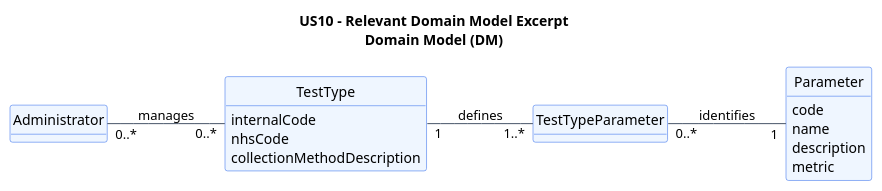
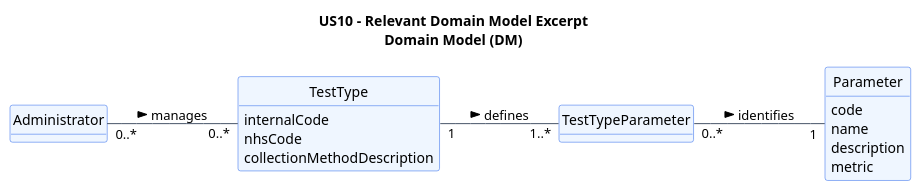
Before and after one commit to jmaia574/leti-esoft-26-27-B6: the diagram in docs/system-documentation/US10/puml/US10-DM.puml, drawn with PlantUML. The commit also changed 23 other files, not shown here.

```diff
--- a/docs/system-documentation/US10/puml/US10-DM.puml
+++ b/docs/system-documentation/US10/puml/US10-DM.puml
@@ -1,35 +1,35 @@
 @startuml
 title US10 - Relevant Domain Model Excerpt\nDomain Model (DM)
 
 left to right direction
 hide methods
 hide circle
 skinparam classAttributeIconSize 0
 skinparam backgroundColor #FFFFFF
 skinparam shadowing false
 skinparam classBorderColor #2563EB
 skinparam classBackgroundColor #EFF6FF
 skinparam ArrowColor #475569
 
 class Administrator
 
 class TestType {
     internalCode
     nhsCode
     collectionMethodDescription
 }
 
 class TestTypeParameter
 
 class Parameter {
     code
     name
     description
     metric
 }
 
-Administrator "0..*" -- "0..*" TestType : manages
-TestType "1" -- "1..*" TestTypeParameter : defines
-TestTypeParameter "0..*" -- "1" Parameter : identifies
+Administrator "0..*" -- "0..*" TestType : manages >
+TestType "1" -- "1..*" TestTypeParameter : defines >
+TestTypeParameter "0..*" -- "1" Parameter : identifies >
 
 @enduml
```
